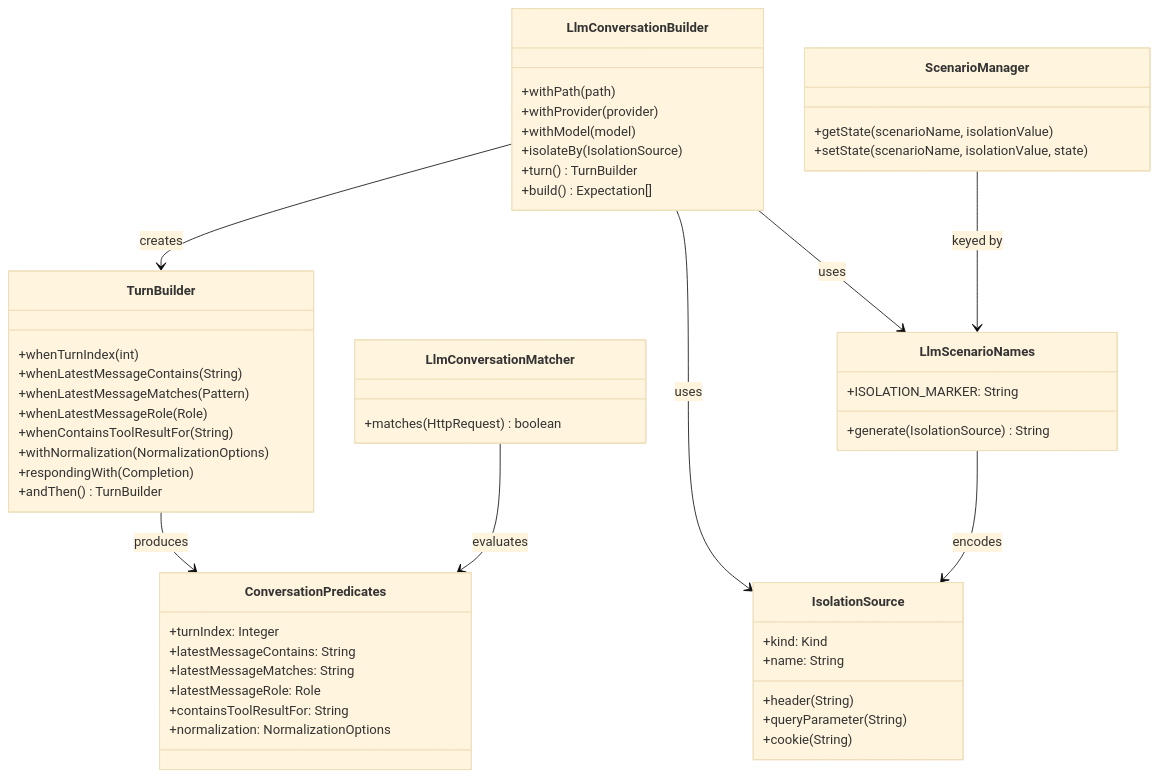
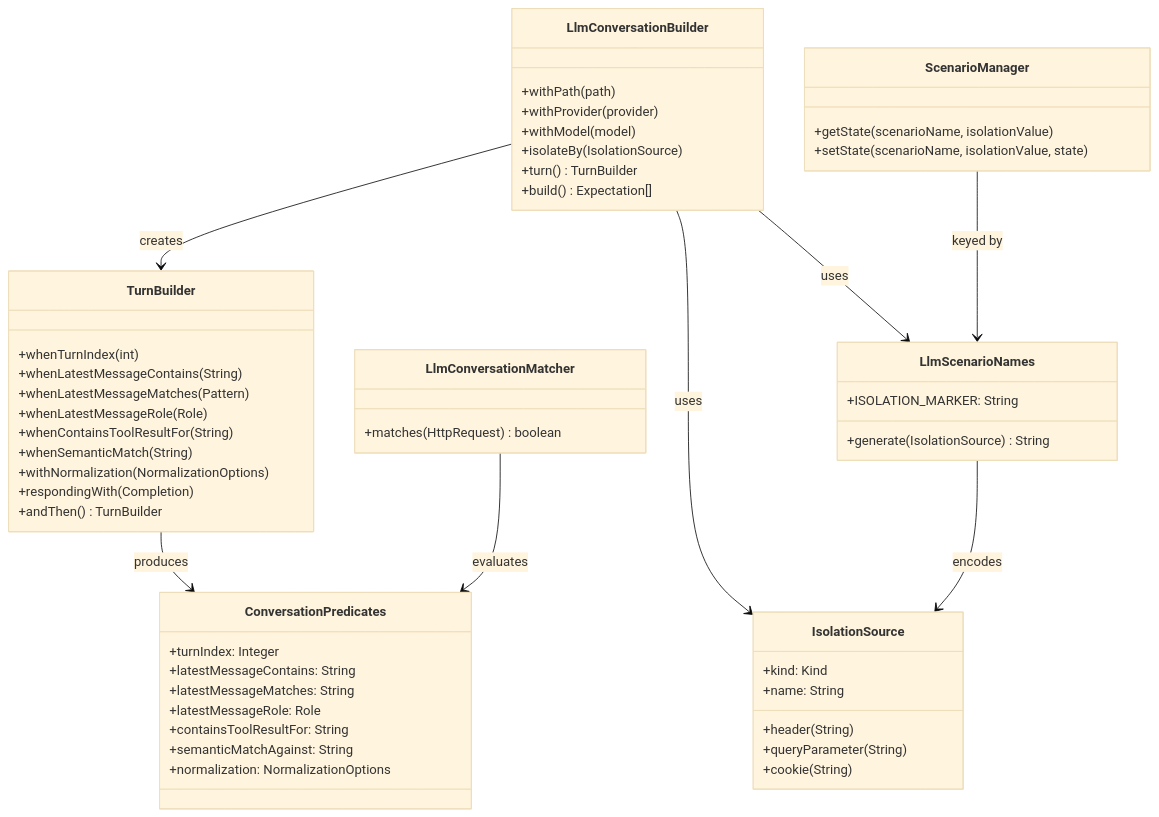
Before and after one commit to sean8601/mockserver-monorepo: the second of 4 diagrams in docs/code/llm-mocking.md, drawn with Mermaid (base theme). The commit also changed other lines of this file and 3 other files, not shown here.

First line of the commit message:
fix(ui): render a predicate pill for semanticMatchAgainst turns

````diff
--- a/docs/code/llm-mocking.md
+++ b/docs/code/llm-mocking.md
@@ -109,55 +109,57 @@
 ```mermaid
 classDiagram
     class LlmConversationBuilder {
         +withPath(path)
         +withProvider(provider)
         +withModel(model)
         +isolateBy(IsolationSource)
         +turn() TurnBuilder
         +build() Expectation[]
     }
     class TurnBuilder {
         +whenTurnIndex(int)
         +whenLatestMessageContains(String)
         +whenLatestMessageMatches(Pattern)
         +whenLatestMessageRole(Role)
         +whenContainsToolResultFor(String)
+        +whenSemanticMatch(String)
         +withNormalization(NormalizationOptions)
         +respondingWith(Completion)
         +andThen() TurnBuilder
     }
     class ConversationPredicates {
         +turnIndex: Integer
         +latestMessageContains: String
         +latestMessageMatches: String
         +latestMessageRole: Role
         +containsToolResultFor: String
+        +semanticMatchAgainst: String
         +normalization: NormalizationOptions
     }
     class LlmConversationMatcher {
         +matches(HttpRequest) boolean
     }
     class IsolationSource {
         +kind: Kind
         +name: String
         +header(String)
         +queryParameter(String)
         +cookie(String)
     }
     class LlmScenarioNames {
         +ISOLATION_MARKER: String
         +generate(IsolationSource) String
     }
     class ScenarioManager {
         +getState(scenarioName, isolationValue)
         +setState(scenarioName, isolationValue, state)
     }
 
     LlmConversationBuilder --> TurnBuilder : creates
     LlmConversationBuilder --> IsolationSource : uses
     LlmConversationBuilder --> LlmScenarioNames : uses
     TurnBuilder --> ConversationPredicates : produces
     LlmConversationMatcher --> ConversationPredicates : evaluates
     LlmScenarioNames --> IsolationSource : encodes
     ScenarioManager --> LlmScenarioNames : keyed by
 ```
````
